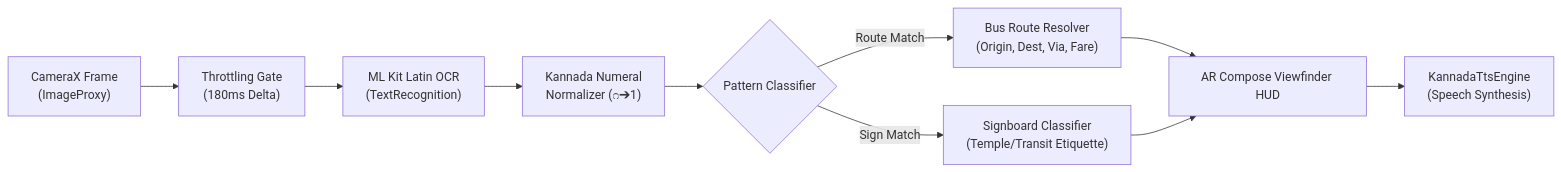
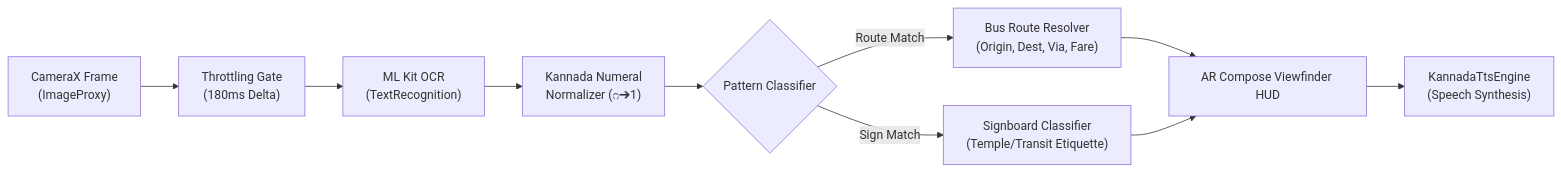
Before and after one commit to raghunandankavi2010/TravelCompanion: the second of 2 diagrams in README.md, drawn with Mermaid. The commit also changed other lines of this file and 66 other files, not shown here.

````diff
--- a/README.md
+++ b/README.md
@@ -99,12 +108,12 @@
 ```mermaid
 flowchart LR
     A["CameraX Frame\n(ImageProxy)"] --> B["Throttling Gate\n(180ms Delta)"]
-    B --> C["ML Kit Latin OCR\n(TextRecognition)"]
+    B --> C["ML Kit OCR\n(TextRecognition)"]
     C --> D["Kannada Numeral\nNormalizer (೧➔1)"]
     D --> E{"Pattern Classifier"}
     E -->|Route Match| F["Bus Route Resolver\n(Origin, Dest, Via, Fare)"]
     E -->|Sign Match| G["Signboard Classifier\n(Temple/Transit Etiquette)"]
     F --> H["AR Compose Viewfinder HUD"]
     G --> H
     H --> I["KannadaTtsEngine\n(Speech Synthesis)"]
 ```
````
